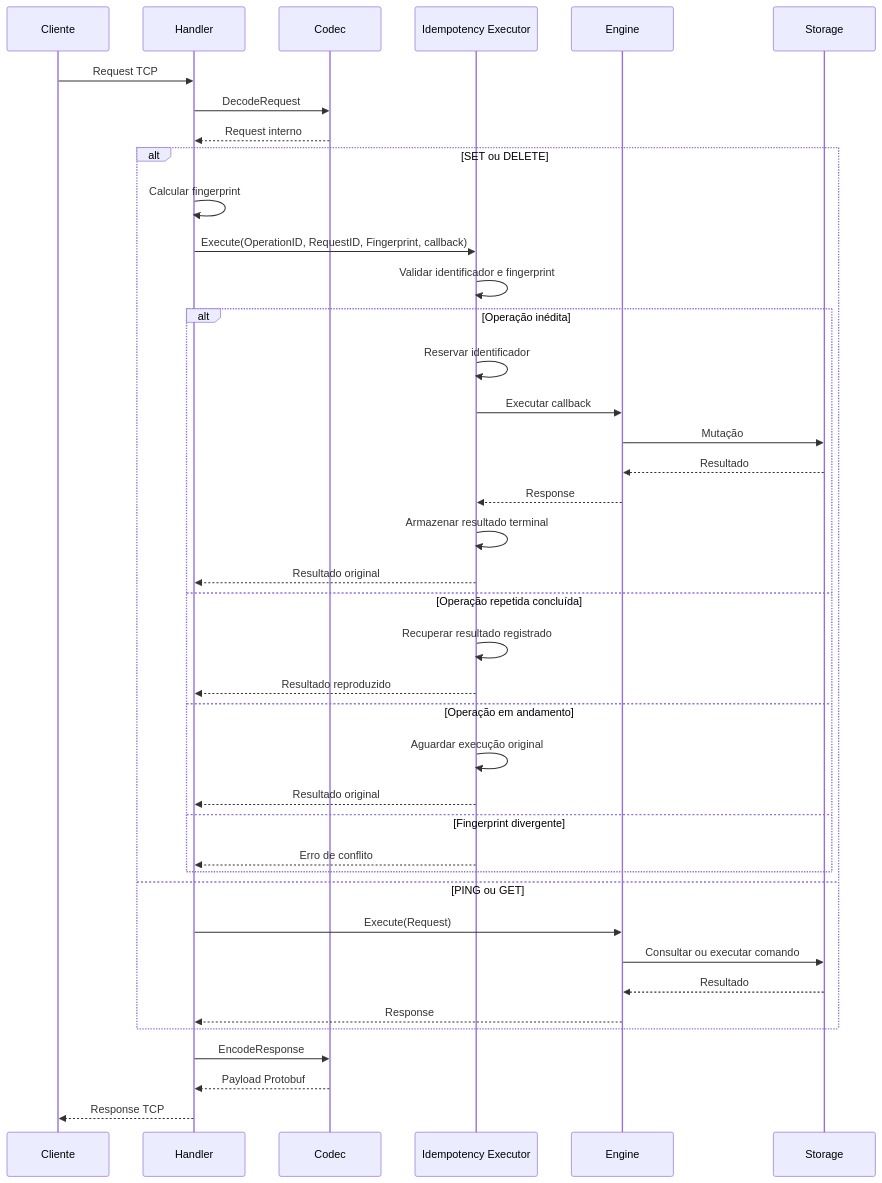
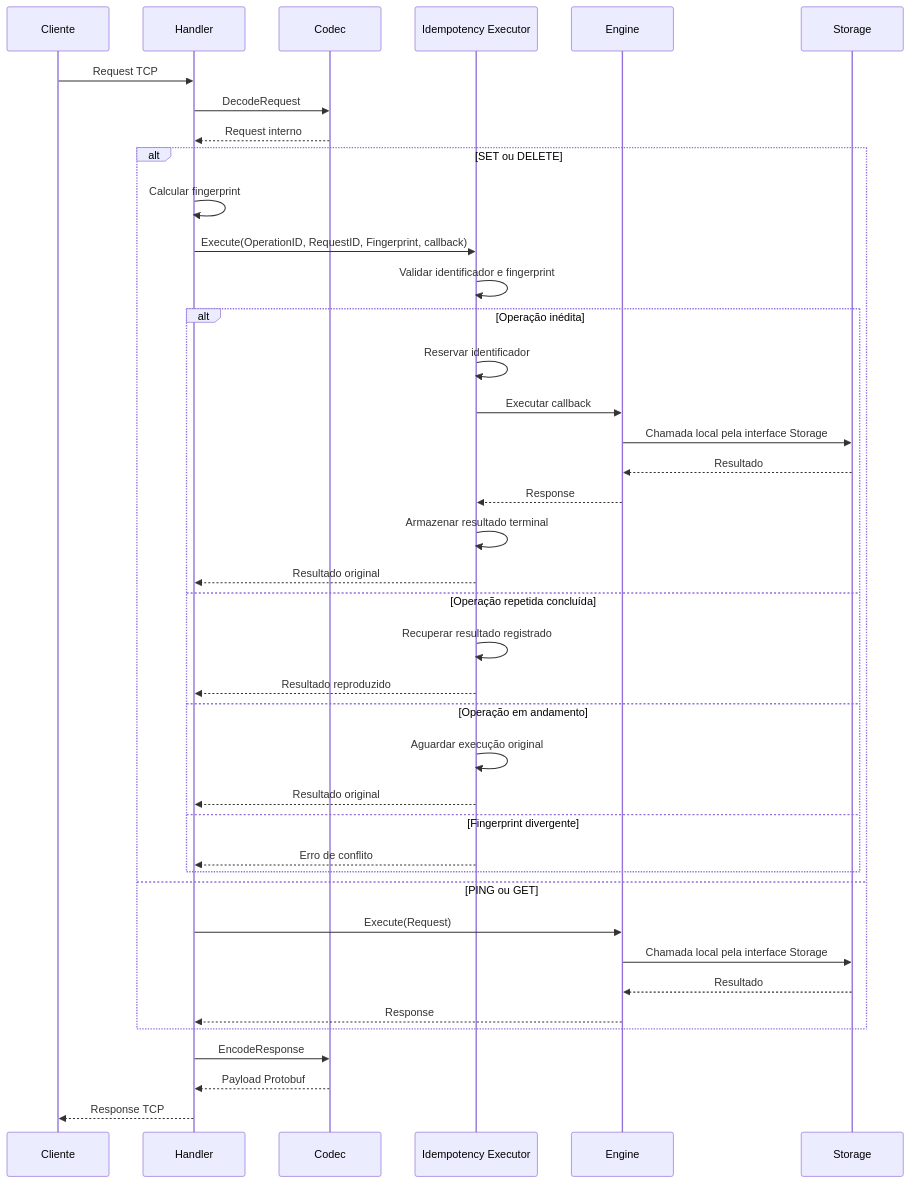
The third of 3 diagrams in docs/tecnica/ARQUITETURA.md (pescador95/memorydb), drawn with Mermaid before and after one commit. The commit also changed other lines of this file and 6 other files, not shown here.

````diff
--- a/docs/tecnica/ARQUITETURA.md
+++ b/docs/tecnica/ARQUITETURA.md
@@ -267,46 +290,46 @@
 ```mermaid
 sequenceDiagram
     participant C as Cliente
     participant H as Handler
     participant P as Codec
     participant I as Idempotency Executor
     participant E as Engine
     participant St as Storage
 
     C->>H: Request TCP
     H->>P: DecodeRequest
     P-->>H: Request interno
 
     alt SET ou DELETE
         H->>H: Calcular fingerprint
         H->>I: Execute(OperationID, RequestID, Fingerprint, callback)
         I->>I: Validar identificador e fingerprint
 
         alt Operação inédita
             I->>I: Reservar identificador
             I->>E: Executar callback
-            E->>St: Mutação
+            E->>St: Chamada local pela interface Storage
             St-->>E: Resultado
             E-->>I: Response
             I->>I: Armazenar resultado terminal
             I-->>H: Resultado original
         else Operação repetida concluída
             I->>I: Recuperar resultado registrado
             I-->>H: Resultado reproduzido
         else Operação em andamento
             I->>I: Aguardar execução original
             I-->>H: Resultado original
         else Fingerprint divergente
             I-->>H: Erro de conflito
         end
     else PING ou GET
         H->>E: Execute(Request)
-        E->>St: Consultar ou executar comando
+        E->>St: Chamada local pela interface Storage
         St-->>E: Resultado
         E-->>H: Response
     end
 
     H->>P: EncodeResponse
     P-->>H: Payload Protobuf
     H-->>C: Response TCP
 ```
````
